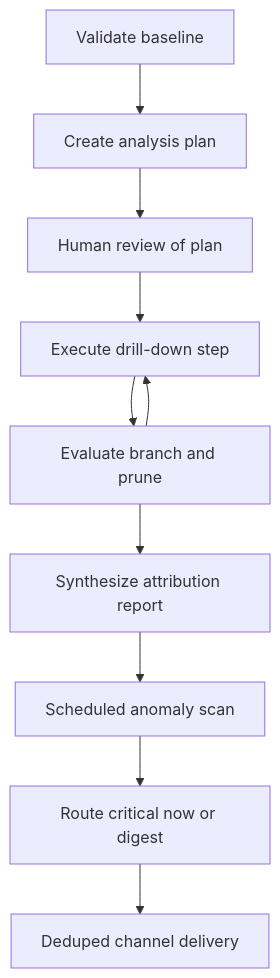
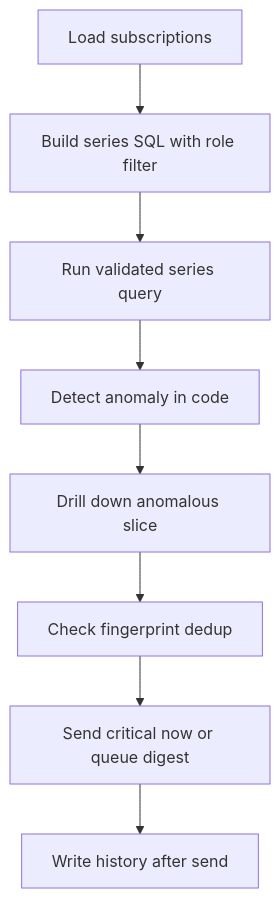
The diagram in openwiki/use-cases/root-cause-and-anomaly.md (NDTruongDanh/SE373-Analytics-Agent), drawn with Mermaid before and after one commit. The commit also changed other lines of this file and 27 other files, not shown here.

````diff
--- a/openwiki/use-cases/root-cause-and-anomaly.md
+++ b/openwiki/use-cases/root-cause-and-anomaly.md
@@ -216,12 +149,10 @@
 ```mermaid
 flowchart TD
-  A["Validate baseline"] --> B["Create analysis plan"]
-  B --> C["Human review of plan"]
-  C --> D["Execute drill-down step"]
-  D --> E["Evaluate branch and prune"]
-  E --> D
-  E --> F["Synthesize attribution report"]
-  F --> G["Scheduled anomaly scan"]
-  G --> H["Route critical now or digest"]
-  H --> I["Deduped channel delivery"]
+  A["Load subscriptions"] --> B["Build series SQL with role filter"]
+  B --> C["Run validated series query"]
+  C --> D["Detect anomaly in code"]
+  D --> E["Drill down anomalous slice"]
+  E --> F["Check fingerprint dedup"]
+  F --> G["Send critical now or queue digest"]
+  G --> H["Write history after send"]
 ```
````
